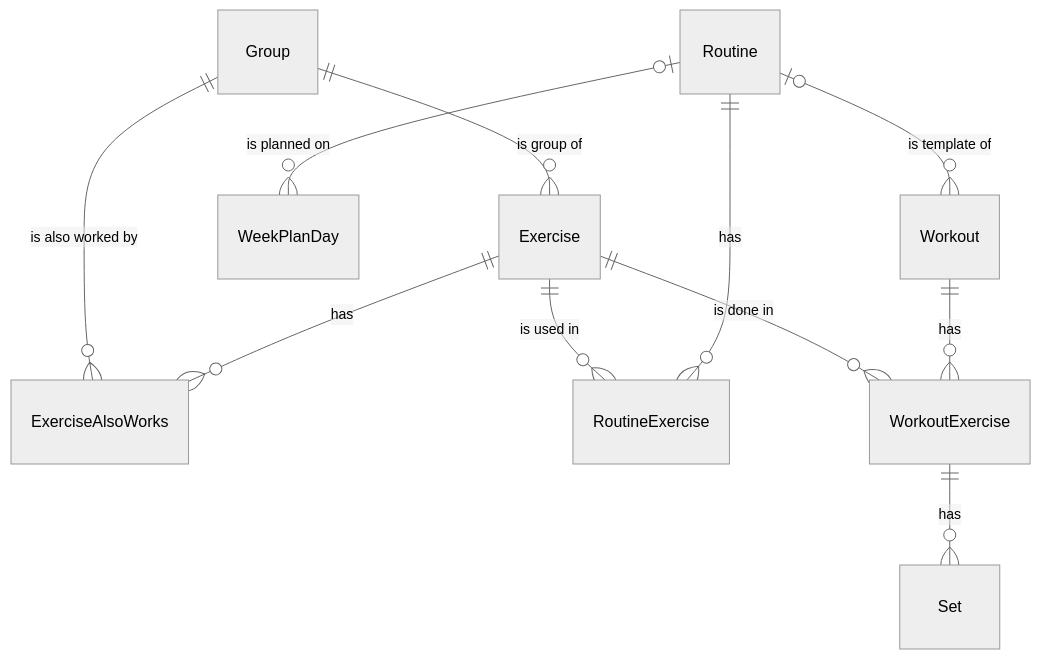
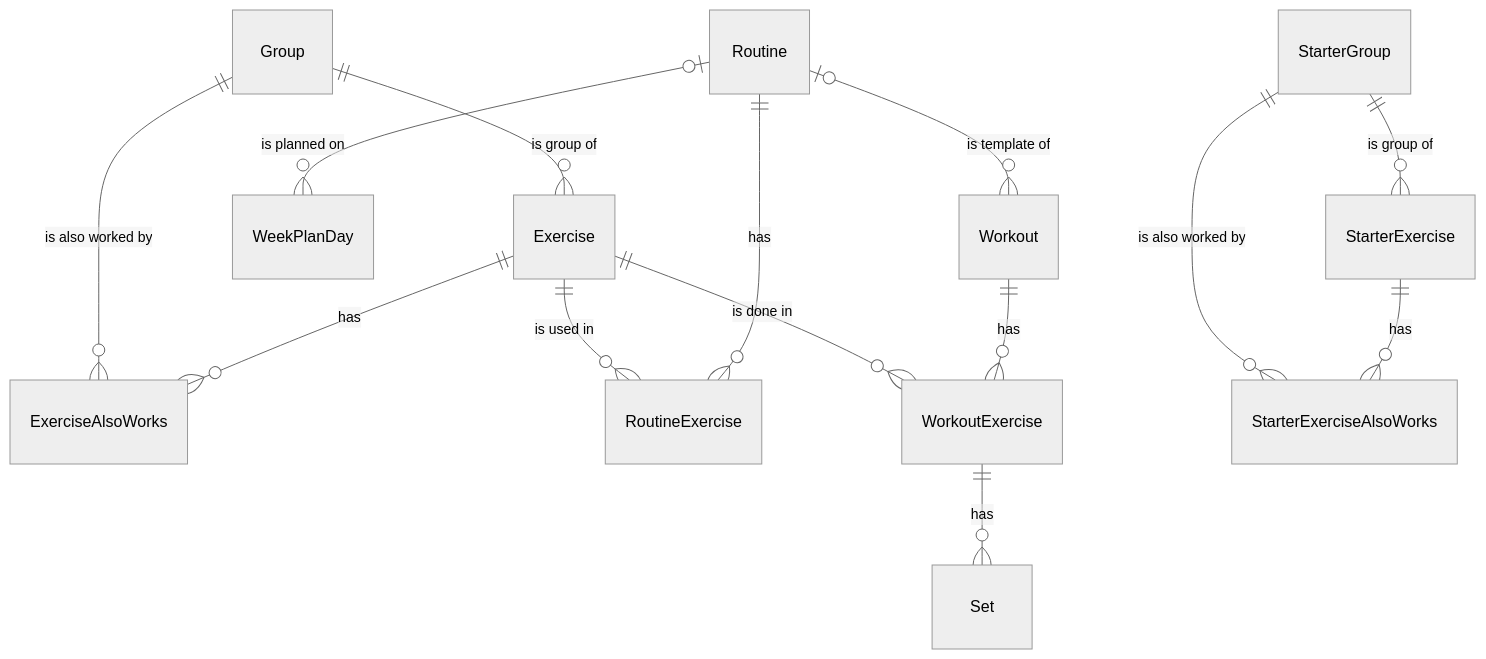
The second of 3 diagrams in docs/wiki/product/er-diagram.md (minimalist-hr/herculean), drawn with Mermaid (neutral theme) before and after one commit. The commit also changed other lines of this file and 103 other files, not shown here.

````diff
--- a/docs/wiki/product/er-diagram.md
+++ b/docs/wiki/product/er-diagram.md
@@ -90,13 +90,16 @@
 ```mermaid
 erDiagram
     Group ||--o{ Exercise : "is group of"
     Exercise ||--o{ ExerciseAlsoWorks : has
     Group ||--o{ ExerciseAlsoWorks : "is also worked by"
     Routine ||--o{ RoutineExercise : has
     Exercise ||--o{ RoutineExercise : "is used in"
     Routine |o--o{ WeekPlanDay : "is planned on"
     Routine |o--o{ Workout : "is template of"
     Workout ||--o{ WorkoutExercise : has
     Exercise ||--o{ WorkoutExercise : "is done in"
     WorkoutExercise ||--o{ Set : has
+    StarterGroup ||--o{ StarterExercise : "is group of"
+    StarterExercise ||--o{ StarterExerciseAlsoWorks : has
+    StarterGroup ||--o{ StarterExerciseAlsoWorks : "is also worked by"
 ```
````
